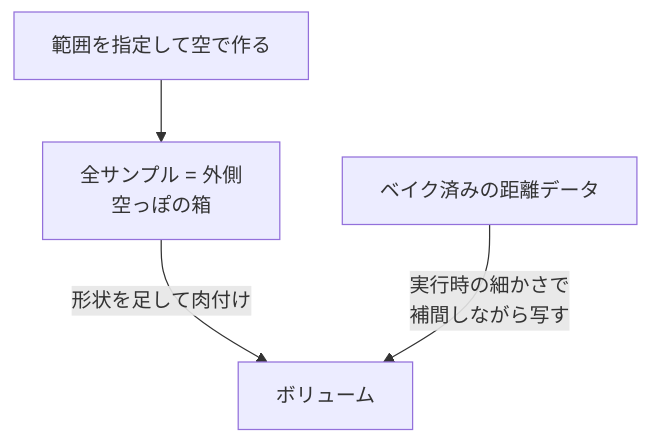
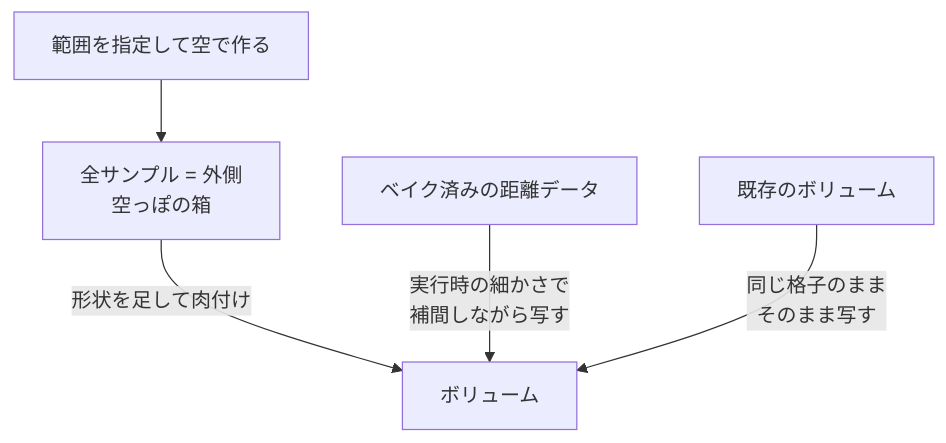
Before and after one commit to TaguchiRei/Kizami: the second of 4 diagrams in Assets/Docs/Voxel/Detailed/Core.md, drawn with Mermaid. The commit also changed other lines of this file and 5 other files, not shown here.

````diff
--- a/Assets/Docs/Voxel/Detailed/Core.md
+++ b/Assets/Docs/Voxel/Detailed/Core.md
@@ -40,6 +40,7 @@
 ```mermaid
 flowchart TD
     A[範囲を指定して空で作る] --> E[全サンプル = 外側<br/>空っぽの箱]
     E -->|形状を足して肉付け| V[ボリューム]
     B[ベイク済みの距離データ] -->|実行時の細かさで<br/>補間しながら写す| V
+    C[既存のボリューム] -->|同じ格子のまま<br/>そのまま写す| V
 ```
````
